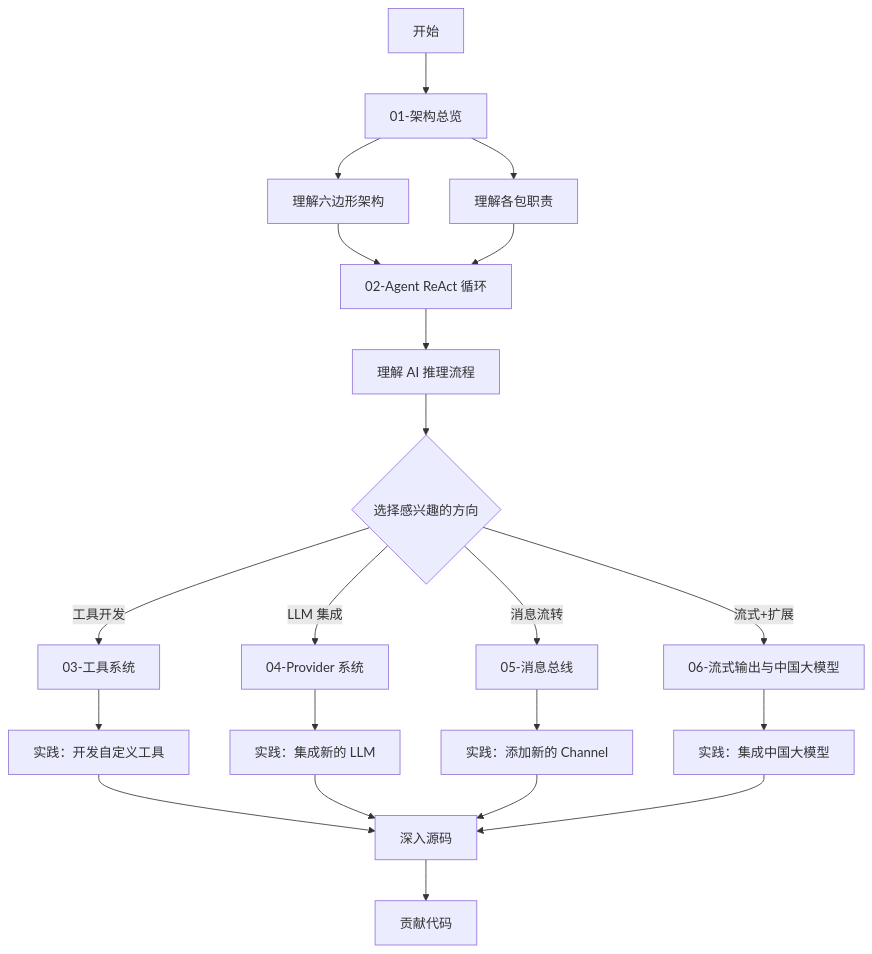
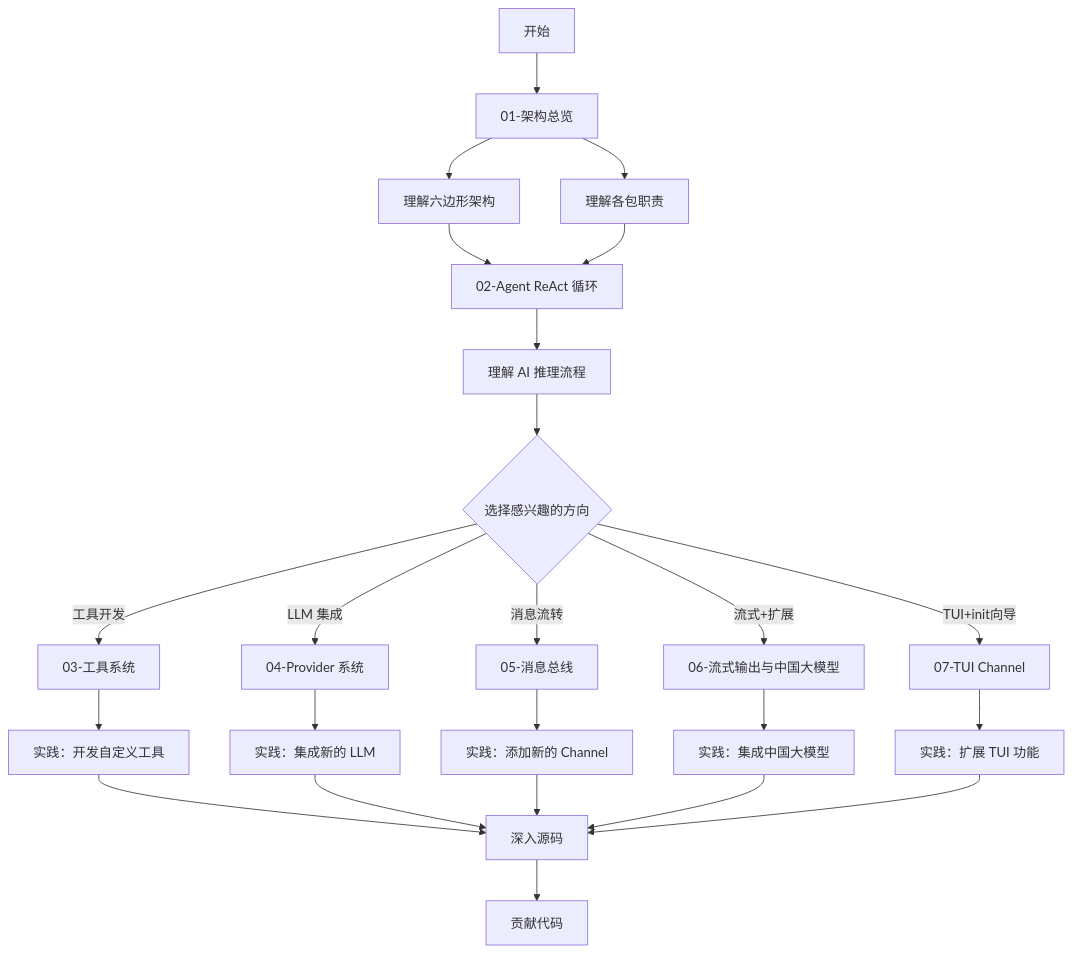
The diagram in docs/study/README.md (strings77wzq/unlimitedClaw), drawn with Mermaid before and after one commit. The commit also changed other lines of this file and 31 other files, not shown here.

First line of the commit message:
docs: add AGENTS.md, package godoc, 07-tui-channel guide, Termux install notes, and Mermaid path update (v0.4.0)

````diff
--- a/docs/study/README.md
+++ b/docs/study/README.md
@@ -157,23 +158,26 @@
 ```mermaid
 graph TD
     A[开始] --> B[01-架构总览]
     B --> C[理解六边形架构]
     B --> D[理解各包职责]
     C --> E[02-Agent ReAct 循环]
     D --> E
     E --> F[理解 AI 推理流程]
     F --> G{选择感兴趣的方向}
     G -->|工具开发| H[03-工具系统]
     G -->|LLM 集成| I[04-Provider 系统]
     G -->|消息流转| J[05-消息总线]
     G -->|流式+扩展| P[06-流式输出与中国大模型]
+    G -->|TUI+init向导| R[07-TUI Channel]
     H --> K[实践：开发自定义工具]
     I --> L[实践：集成新的 LLM]
     J --> M[实践：添加新的 Channel]
     P --> Q[实践：集成中国大模型]
+    R --> S[实践：扩展 TUI 功能]
     K --> N[深入源码]
     L --> N
     M --> N
     Q --> N
+    S --> N
     N --> O[贡献代码]
 ```
````
